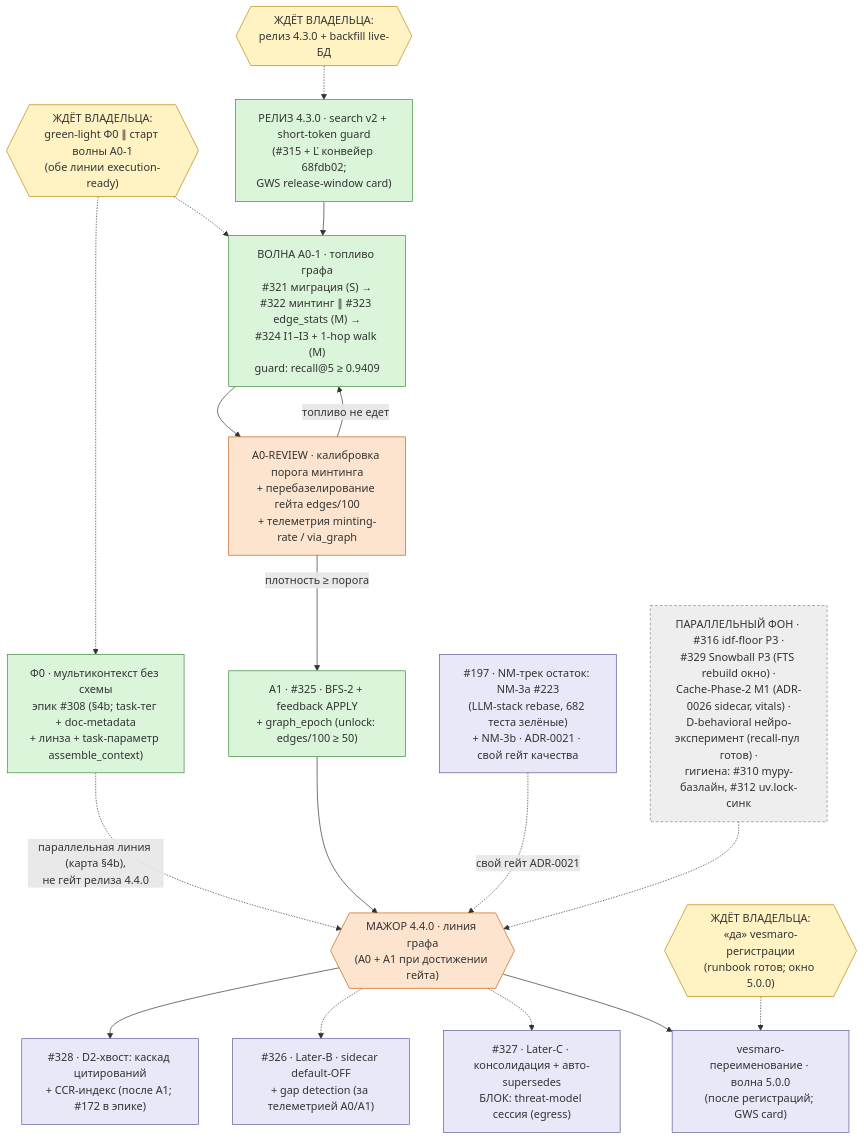
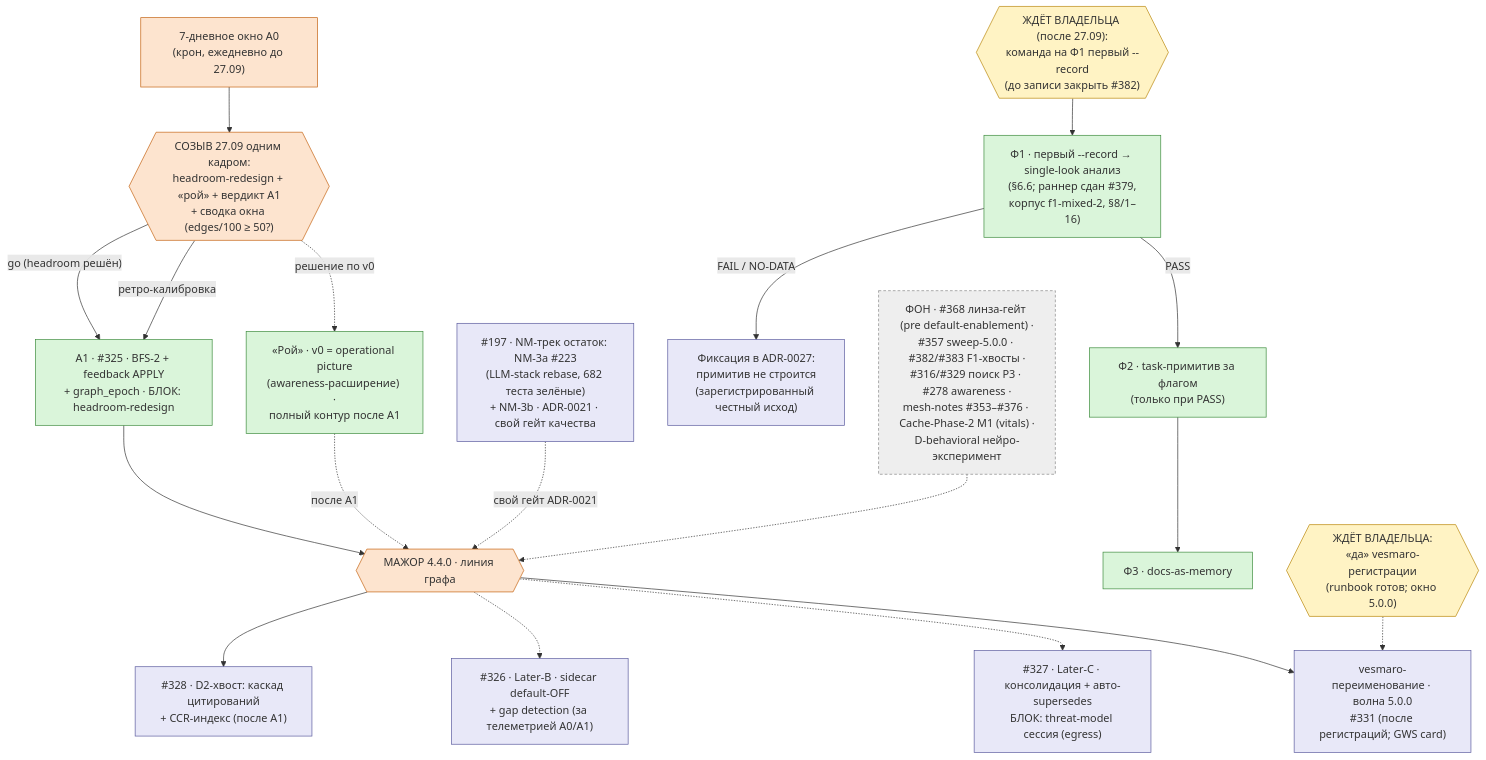
Before and after one commit to vesmaro/vesmaro: the first of 4 diagrams in docs/project/dev-plan.md, drawn with Mermaid. The commit also changed other lines of this file, not shown here.

First line of the commit message:
docs(dev-plan): close the F1-runner wave — registry row, F1 status, DAG redraw (#384)

````diff
--- a/docs/project/dev-plan.md
+++ b/docs/project/dev-plan.md
@@ -99,44 +97,47 @@
 ```mermaid
 flowchart TD
-    OWN1{{"ЖДЁТ ВЛАДЕЛЬЦА:<br/>релиз 4.3.0 + backfill live-БД"}}
-    OWN2{{"ЖДЁТ ВЛАДЕЛЬЦА:<br/>green-light Ф0 ∥ старт волны A0-1<br/>(обе линии execution-ready)"}}
     OWN3{{"ЖДЁТ ВЛАДЕЛЬЦА:<br/>«да» vesmaro-регистрации<br/>(runbook готов; окно 5.0.0)"}}
-    REL430["РЕЛИЗ 4.3.0 · search v2 + short-token guard<br/>(#315 + #317; конвейер 68fdb02;<br/>GWS release-window card)"]
-    A01["ВОЛНА A0-1 · топливо графа<br/>#321 миграция (S) →<br/>#322 минтинг ∥ #323 edge_stats (M) →<br/>#324 I1–I3 + 1-hop walk (M)<br/>guard: recall@5 ≥ 0.9409"]
-    A0R["A0-REVIEW · калибровка порога минтинга<br/>+ перебазелирование гейта edges/100<br/>+ телеметрия minting-rate / via_graph"]
-    F0["Ф0 · мультиконтекст без схемы<br/>эпик #308 (§4b; task-тег + doc-metadata<br/>+ линза + task-параметр assemble_context)"]
-    A1["A1 · #325 · BFS-2 + feedback APPLY<br/>+ graph_epoch (unlock: edges/100 ≥ 50)"]
-    D2S["#328 · D2-хвост: каскад цитирований<br/>+ CCR-индекс (после A1; #172 в эпике)"]
+    OWN4{{"ЖДЁТ ВЛАДЕЛЬЦА (после 27.09):<br/>команда на Ф1 первый --record<br/>(до записи закрыть #382)"}}
+    WIN["7-дневное окно A0<br/>(крон, ежедневно до 27.09)"]
+    SUM{{"СОЗЫВ 27.09 одним кадром:<br/>headroom-redesign + «рой» + вердикт A1<br/>+ сводка окна (edges/100 ≥ 50?)"}}
+    A1["A1 · #325 · BFS-2 + feedback APPLY<br/>+ graph_epoch · БЛОК: headroom-redesign"]
+    SW["«Рой» · v0 = operational picture<br/>(awareness-расширение) ·<br/>полный контур после A1"]
+    F1REC["Ф1 · первый --record → single-look анализ<br/>(§6.6; раннер сдан #379,<br/>корпус f1-mixed-2, §8/1–16)"]
+    F2["Ф2 · task-примитив за флагом<br/>(только при PASS)"]
+    F3["Ф3 · docs-as-memory"]
+    XF["Фиксация в ADR-0027:<br/>примитив не строится<br/>(зарегистрированный честный исход)"]
+    D2S["#328 · D2-хвост: каскад цитирований<br/>+ CCR-индекс (после A1)"]
     LB["#326 · Later-B · sidecar default-OFF<br/>+ gap detection (за телеметрией A0/A1)"]
     LC["#327 · Later-C · консолидация + авто-supersedes<br/>БЛОК: threat-model сессия (egress)"]
-    M440{{"МАЖОР 4.4.0 · линия графа<br/>(A0 + A1 при достижении гейта)"}}
+    M440{{"МАЖОР 4.4.0 · линия графа"}}
     NM["#197 · NM-трек остаток: NM-3a #223<br/>(LLM-stack rebase, 682 теста зелёные)<br/>+ NM-3b · ADR-0021 · свой гейт качества"]
-    REN["vesmaro-переименование · волна 5.0.0<br/>(после регистраций; GWS card)"]
-    SIDE["ПАРАЛЛЕЛЬНЫЙ ФОН · #316 idf-floor P3 ·<br/>#329 Snowball P3 (FTS rebuild окно) ·<br/>Cache-Phase-2 M1 (ADR-0026 sidecar, vitals) ·<br/>D-behavioral нейро-эксперимент (recall-пул готов) ·<br/>гигиена: #310 mypy-базлайн, #312 uv.lock-синк"]
-    OWN1 -.-> REL430
-    OWN2 -.-> A01
-    OWN2 -.-> F0
-    REL430 --> A01
-    A01 --> A0R
-    A0R -- "плотность ≥ порога" --> A1
-    A0R -- "топливо не едет" --> A01
-    F0 -. "параллельная линия (карта §4b),<br/>не гейт релиза 4.4.0" .-> M440
+    REN["vesmaro-переименование · волна 5.0.0<br/>#331 (после регистраций; GWS card)"]
+    SIDE["ФОН · #368 линза-гейт (pre default-enablement) ·<br/>#357 sweep-5.0.0 · #382/#383 F1-хвосты ·<br/>#316/#329 поиск P3 · #278 awareness ·<br/>mesh-notes #353–#376 · Cache-Phase-2 M1 (vitals) ·<br/>D-behavioral нейро-эксперимент"]
+    WIN --> SUM
+    SUM -- "go (headroom решён)" --> A1
+    SUM -- "ретро-калибровка" --> A1
+    SUM -. "решение по v0" .-> SW
+    OWN4 --> F1REC
+    F1REC -- "PASS" --> F2
+    F1REC -- "FAIL / NO-DATA" --> XF
+    F2 --> F3
     A1 --> M440
+    SW -. после A1 .-> M440
     NM -. свой гейт ADR-0021 .-> M440
     M440 --> D2S
     M440 -.-> LB
     M440 -.-> LC
     M440 --> REN
     OWN3 -.-> REN
     SIDE -.-> M440
     classDef owner fill:#fff3c4,stroke:#b8860b
     classDef wave fill:#daf5da,stroke:#3d8b3d
     classDef gate fill:#fde4cf,stroke:#c46210
     classDef later fill:#e8e8f8,stroke:#5b5b9e
     classDef side fill:#eeeeee,stroke:#888888,stroke-dasharray: 4 3
-    class OWN1,OWN2,OWN3 owner
-    class REL430,A01,F0,A1 wave
-    class A0R,M440 gate
-    class NM,D2S,LB,LC,REN later
+    class OWN3,OWN4 owner
+    class WIN,SUM,M440 gate
+    class A1,SW,F1REC,F2,F3 wave
+    class XF,NM,D2S,LB,LC,REN later
     class SIDE side
 ```
````
